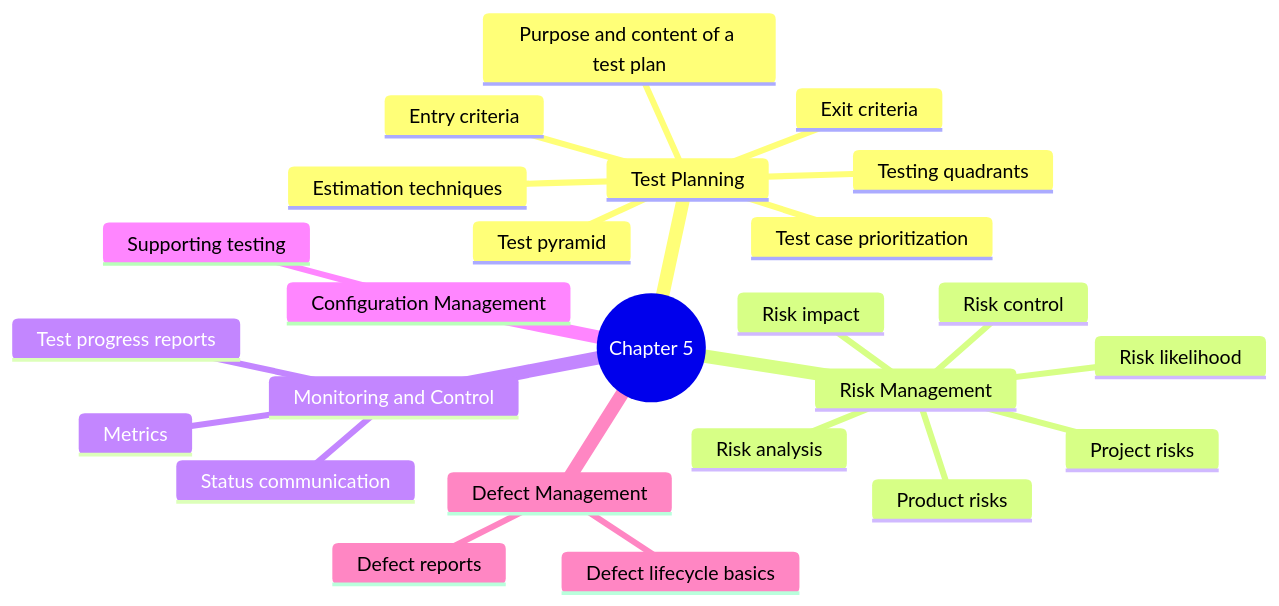
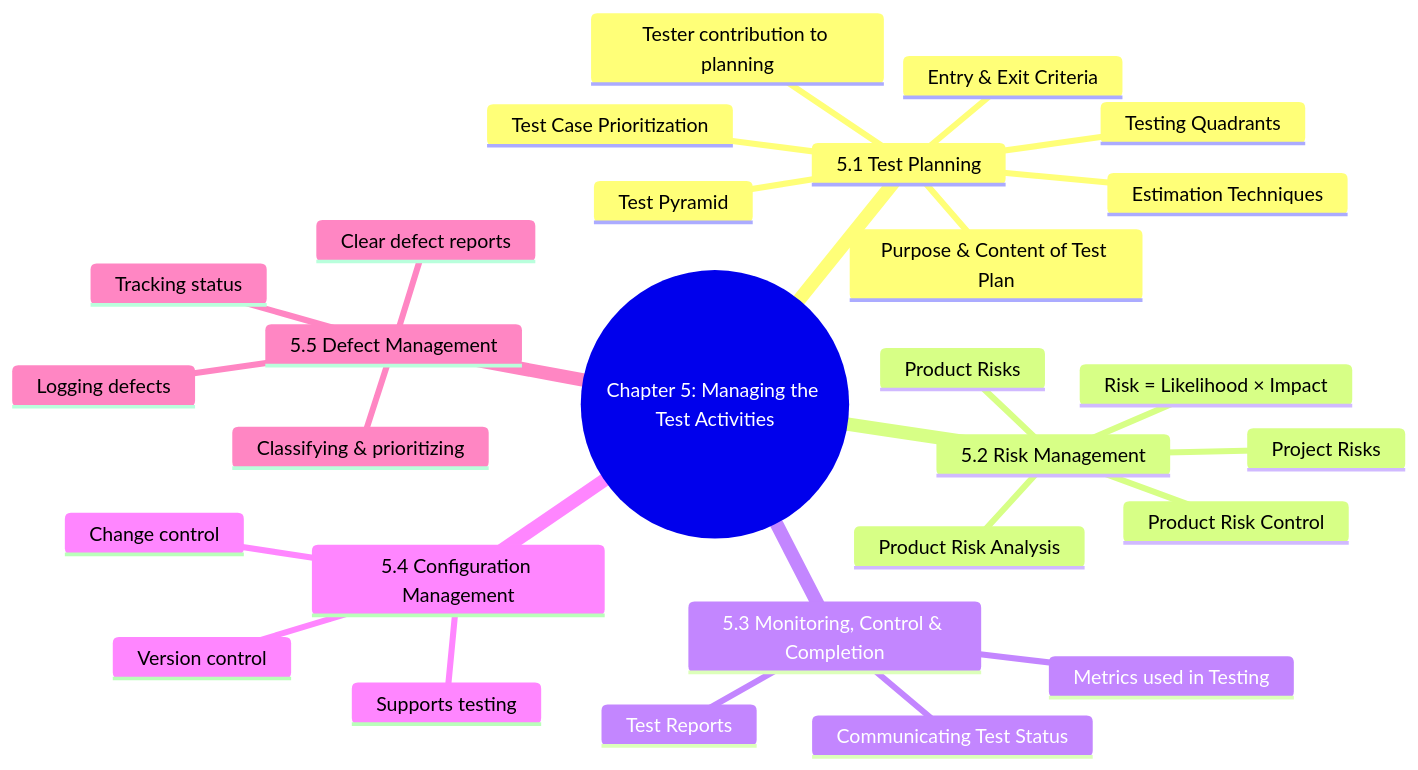
The diagram in doc/chapter5/mind_map_chapter5.md (BaoNV1/ISTQB-app), drawn with Mermaid before and after one commit. The commit also changed 4 other files, not shown here.

Commit message:
chapter5 content

````diff
--- a/doc/chapter5/mind_map_chapter5.md
+++ b/doc/chapter5/mind_map_chapter5.md
@@ -5,28 +5,31 @@
 ```mermaid
 mindmap
-  root((Chapter 5))
-    Test Planning
-      Purpose and content of a test plan
-      Entry criteria
-      Exit criteria
-      Estimation techniques
-      Test case prioritization
-      Test pyramid
-      Testing quadrants
-    Risk Management
-      Project risks
-      Product risks
-      Risk likelihood
-      Risk impact
-      Risk analysis
-      Risk control
-    Monitoring and Control
-      Metrics
-      Test progress reports
-      Status communication
-    Configuration Management
-      Supporting testing
-    Defect Management
-      Defect reports
-      Defect lifecycle basics
+  root((Chapter 5: Managing the Test Activities))
+    5.1 Test Planning
+      Purpose & Content of Test Plan
+      Tester contribution to planning
+      Entry & Exit Criteria
+      Estimation Techniques
+      Test Case Prioritization
+      Test Pyramid
+      Testing Quadrants
+    5.2 Risk Management
+      Risk = Likelihood × Impact
+      Project Risks
+      Product Risks
+      Product Risk Analysis
+      Product Risk Control
+    5.3 Monitoring, Control & Completion
+      Metrics used in Testing
+      Test Reports
+      Communicating Test Status
+    5.4 Configuration Management
+      Version control
+      Change control
+      Supports testing
+    5.5 Defect Management
+      Logging defects
+      Classifying & prioritizing
+      Tracking status
+      Clear defect reports
 ```
````
